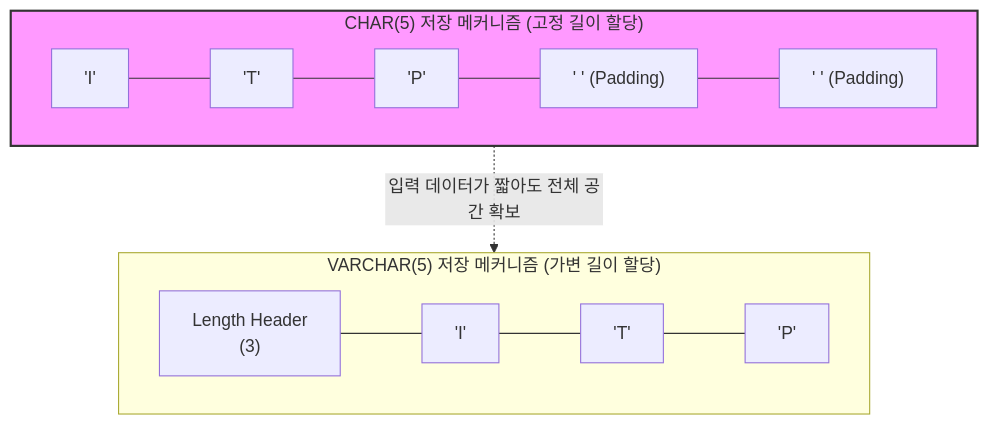
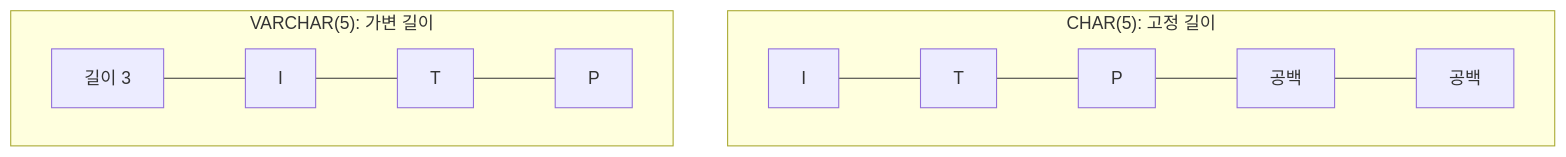
One commit to supremethumb/supremethumb.github.io changed the diagram in content/01_IT Tech/Char Type.md. Above: the diagram before and after it, drawn with Mermaid. The commit also changed other lines of this file and 1087 other files, not shown here.

````diff
--- a/content/01_IT Tech/Char Type.md
+++ b/content/01_IT Tech/Char Type.md
@@ -23,18 +36,11 @@
 ```mermaid
 flowchart TB
-    subgraph Char_Storage["CHAR(5) 저장 메커니즘 (고정 길이 할당)"]
+    subgraph C["CHAR(5): 고정 길이"]
         direction LR
-        C1["'I'"] --- C2["'T'"] --- C3["'P'"] --- C4["' ' (Padding)"] --- C5["' ' (Padding)"]
+        C1["I"] --- C2["T"] --- C3["P"] --- C4["공백"] --- C5["공백"]
     end
-    
-    subgraph Varchar_Storage["VARCHAR(5) 저장 메커니즘 (가변 길이 할당)"]
+    subgraph V["VARCHAR(5): 가변 길이"]
         direction LR
-        L1["Length Header<br/>(3)"] --- V1["'I'"] --- V2["'T'"] --- V3["'P'"]
+        L["길이 3"] --- V1["I"] --- V2["T"] --- V3["P"]
     end
-    
-    Char_Storage -. "입력 데이터가 짧아도 전체 공간 확보" .-> Varchar_Storage
-    
-    classDef highlight fill:#f9f,stroke:#333,stroke-width:2px;
-    class Char_Storage highlight;
-
 ```
````
